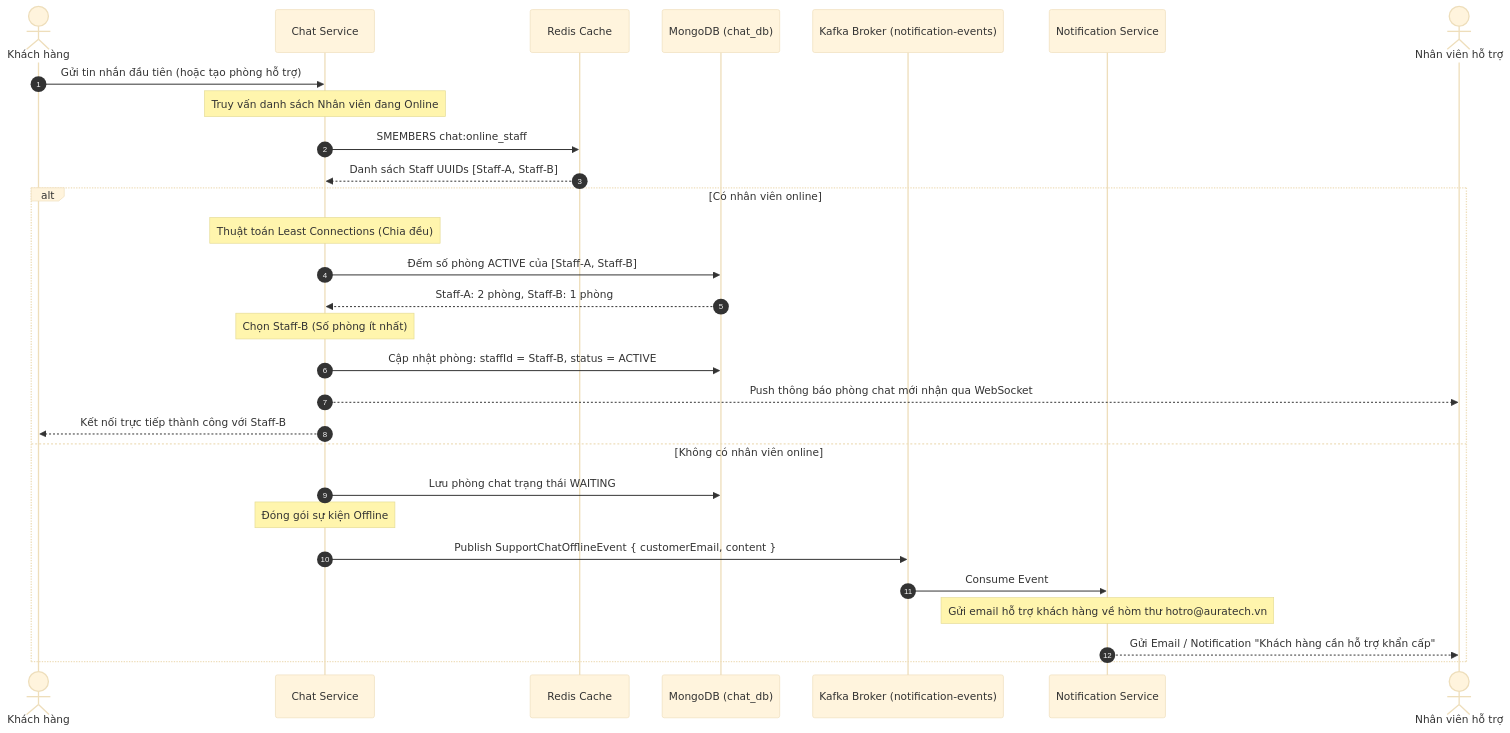
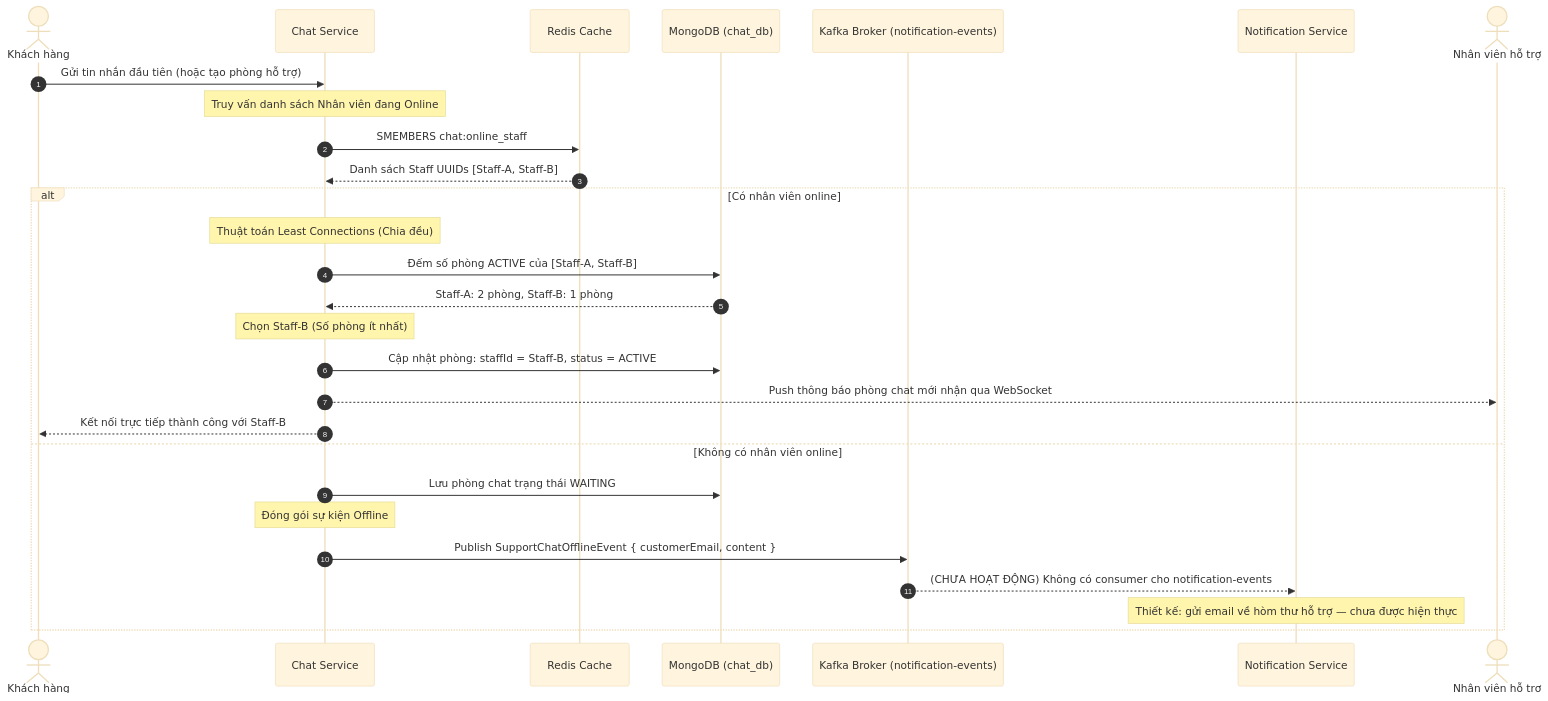
One commit to Thuannd24/Graduation-Project changed the second of 2 diagrams in docs/services/10_CHAT_SERVICE.md. Above: the diagram before and after it, drawn with Mermaid (base theme). The commit also changed other lines of this file and 19 other files, not shown here.

````diff
--- a/docs/services/10_CHAT_SERVICE.md
+++ b/docs/services/10_CHAT_SERVICE.md
@@ -70,33 +74,32 @@
 ```mermaid
 sequenceDiagram
     autonumber
     actor Customer as Khách hàng
     participant ChatService as Chat Service
     participant Redis as Redis Cache
     participant DB as MongoDB (chat_db)
     participant Kafka as Kafka Broker (notification-events)
     participant NotifService as Notification Service
     actor Staff as Nhân viên hỗ trợ
 
     Customer->>ChatService: Gửi tin nhắn đầu tiên (hoặc tạo phòng hỗ trợ)
     Note over ChatService: Truy vấn danh sách Nhân viên đang Online
     ChatService->>Redis: SMEMBERS chat:online_staff
     Redis-->>ChatService: Danh sách Staff UUIDs [Staff-A, Staff-B]
 
     alt Có nhân viên online
         Note over ChatService: Thuật toán Least Connections (Chia đều)
         ChatService->>DB: Đếm số phòng ACTIVE của [Staff-A, Staff-B]
         DB-->>ChatService: Staff-A: 2 phòng, Staff-B: 1 phòng
         Note over ChatService: Chọn Staff-B (Số phòng ít nhất)
         ChatService->>DB: Cập nhật phòng: staffId = Staff-B, status = ACTIVE
         ChatService-->>Staff: Push thông báo phòng chat mới nhận qua WebSocket
         ChatService-->>Customer: Kết nối trực tiếp thành công với Staff-B
     else Không có nhân viên online
         ChatService->>DB: Lưu phòng chat trạng thái WAITING
         Note over ChatService: Đóng gói sự kiện Offline
         ChatService->>Kafka: Publish SupportChatOfflineEvent { customerEmail, content }
-        Kafka->>NotifService: Consume Event
-        Note over NotifService: Gửi email hỗ trợ khách hàng về hòm thư hotro@auratech.vn
-        NotifService-->>Staff: Gửi Email / Notification "Khách hàng cần hỗ trợ khẩn cấp"
+        Kafka-->>NotifService: (CHƯA HOẠT ĐỘNG) Không có consumer cho notification-events
+        Note over NotifService: Thiết kế: gửi email về hòm thư hỗ trợ — chưa được hiện thực
     end
 ```
````
